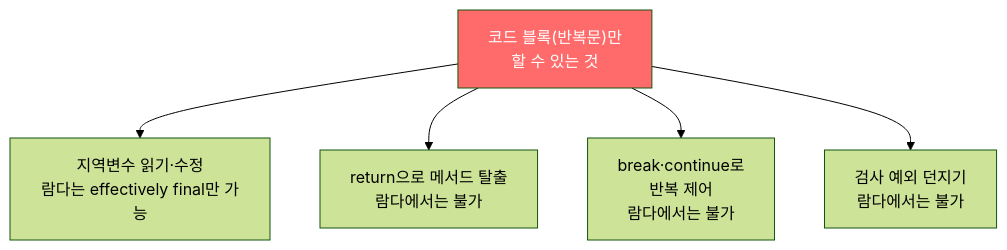
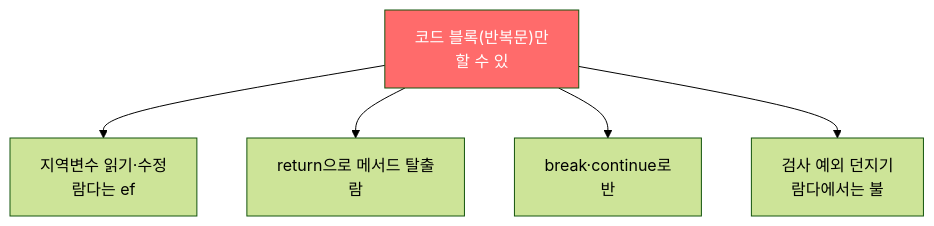
One commit to yjkim2015/yjkim2015.github.io changed the second of 3 diagrams in _posts/java/2022-01-22-effective-java45.md. Above: the diagram before and after it, drawn with Mermaid (forest theme). The commit also changed other lines of this file and 271 other files, not shown here.

First line of the commit message:
Mermaid 라벨 축소: 긴 노드 텍스트 18자 이하로 트림 + \n 제거

````diff
--- a/_posts/java/2022-01-22-effective-java45.md
+++ b/_posts/java/2022-01-22-effective-java45.md
@@ -101,8 +101,8 @@
 ```mermaid
 graph TD
-    A["코드 블록(반복문)만\n할 수 있는 것"] --> B["지역변수 읽기·수정\n람다는 effectively final만 가능"]
-    A --> C["return으로 메서드 탈출\n람다에서는 불가"]
-    A --> D["break·continue로\n반복 제어\n람다에서는 불가"]
-    A --> E["검사 예외 던지기\n람다에서는 불가"]
+    A["코드 블록(반복문)만\n할 수 있"] --> B["지역변수 읽기·수정\n람다는 ef"]
+    A --> C["return으로 메서드 탈출\n람"]
+    A --> D["break·continue로\n반"]
+    A --> E["검사 예외 던지기\n람다에서는 불"]
     style A fill:#ff6b6b,color:#fff
 ```
````
